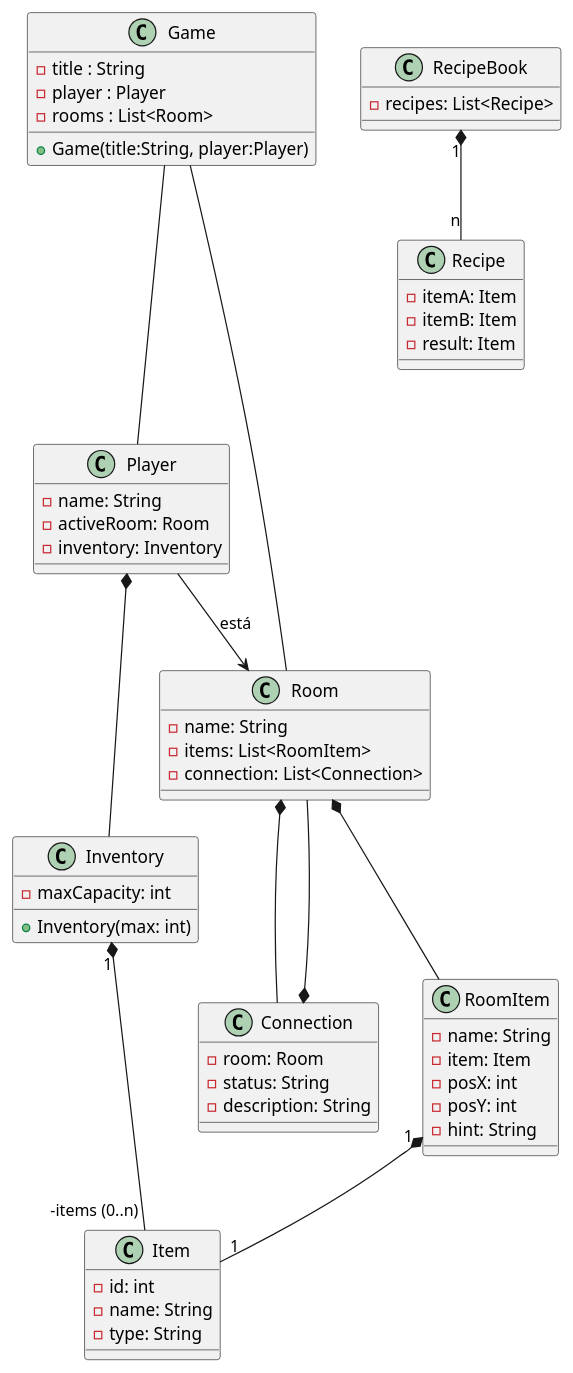
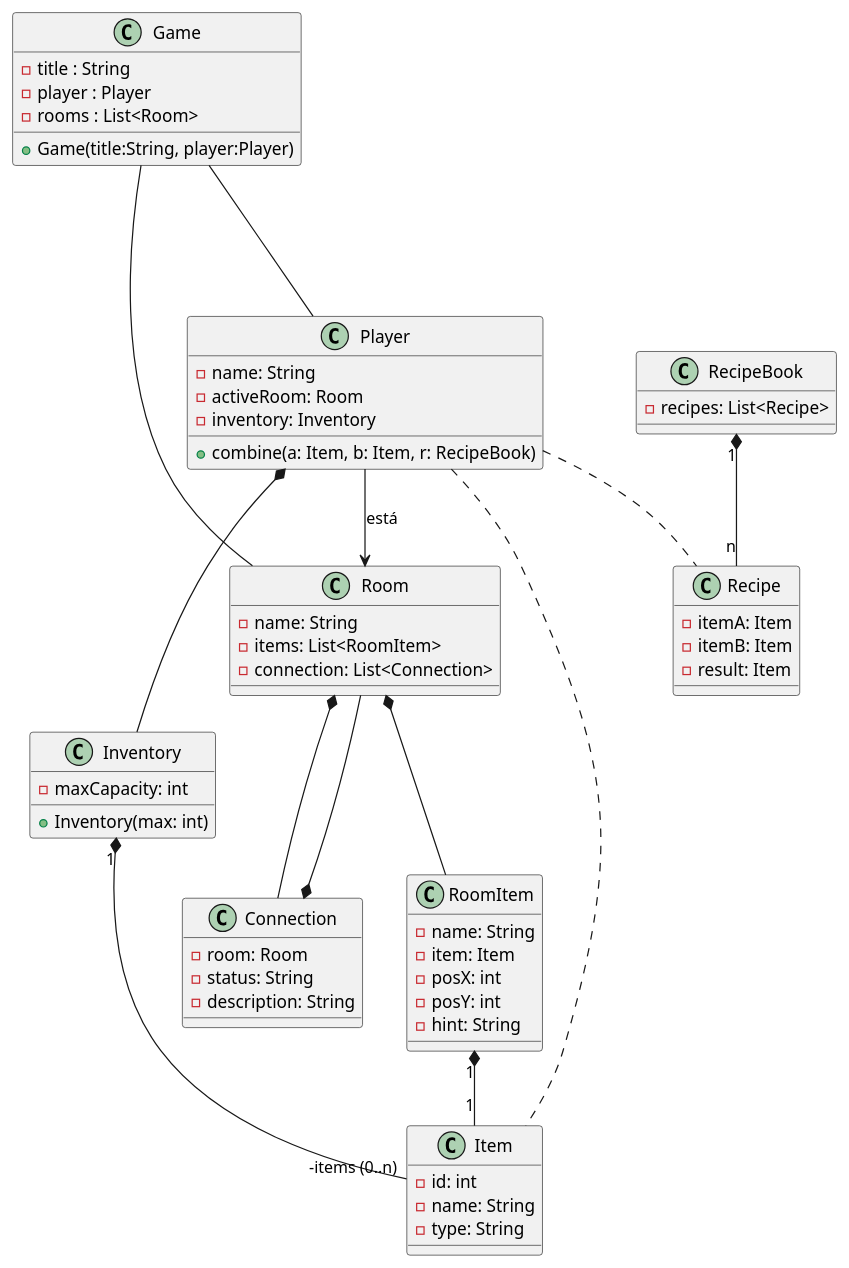
Before and after one commit to yurigo/POO-GES-2526: the diagram in session 10/THE-CURSE-OF-LASALLE-ISLAND.md, drawn with PlantUML.

Commit message:
fix: add dependency

````diff
--- a/session 10/THE-CURSE-OF-LASALLE-ISLAND.md
+++ b/session 10/THE-CURSE-OF-LASALLE-ISLAND.md
@@ -3,70 +3,73 @@
 ```plantuml
 @startuml
 class Game {
 - title : String
 - player : Player
 - rooms : List<Room>
 + Game(title:String, player:Player)
 }
 
 class Inventory{
 - maxCapacity: int
 + Inventory(max: int)
 }
 
 class Connection{
 - room: Room
 - status: String
 - description: String
 }
 
 class Item {
 - id: int
 - name: String
 - type: String
 }
 
 class Player{
 - name: String
 - activeRoom: Room
 - inventory: Inventory
++ combine(a: Item, b: Item, r: RecipeBook)
 }
 
 class Recipe{
 - itemA: Item
 - itemB: Item
 - result: Item
 }
 
 class RecipeBook {
 - recipes: List<Recipe>
 }
 
 class Room {
 - name: String
 - items: List<RoomItem>
 - connection: List<Connection>
 }
 
 class RoomItem{
 - name: String
 - item: Item
 - posX: int
 - posY: int
 - hint: String
 }
 
 Game --- Player
 Game --- Room
 
 Inventory "1" *-- "-items (0..n)" Item
 Room *-- RoomItem
 RoomItem "1" *-- "1" Item
 Player --> Room : está
 RecipeBook "1" *-- "n" Recipe
 Room *-- Connection
 Connection *-- Room
 Player *-- Inventory
+Player .. Recipe
+Player .. Item
 
 @enduml
 ```
````
